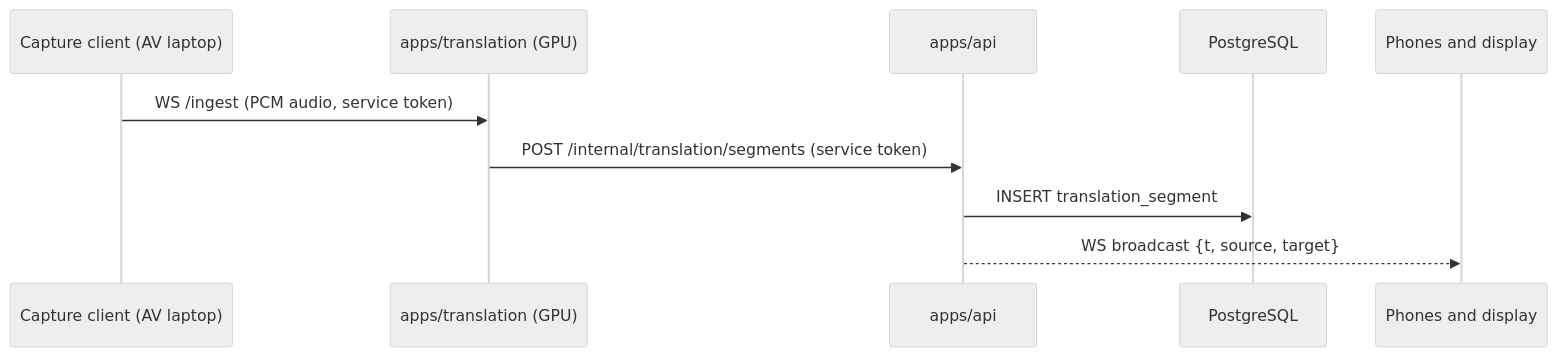
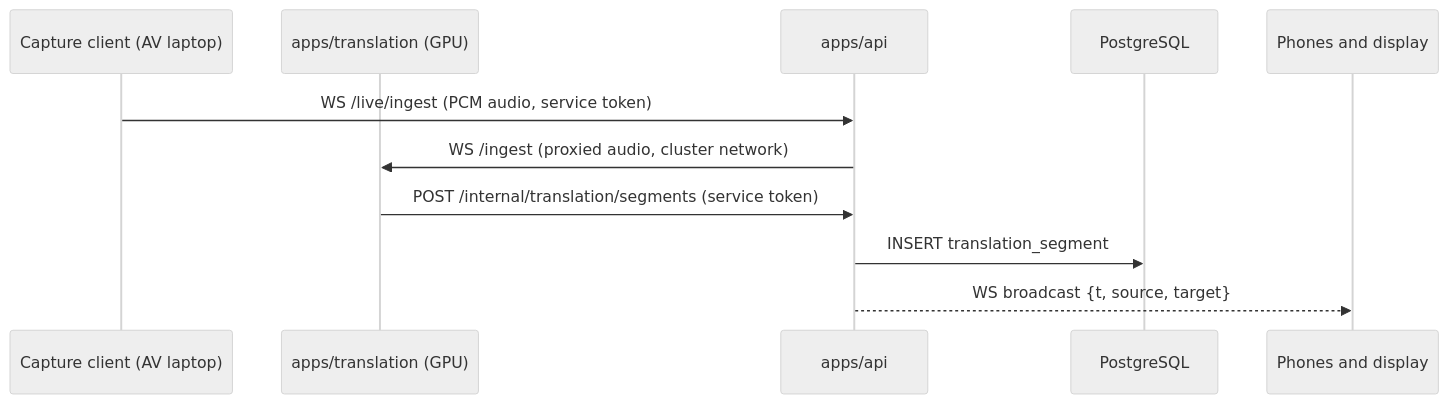
One commit to fuisl/vgu-graduation changed the third of 3 diagrams in docs/architecture/target/use-cases.md. Above: the diagram before and after it, drawn with Mermaid (neutral theme). The commit also changed other lines of this file and 11 other files, not shown here.

````diff
--- a/docs/architecture/target/use-cases.md
+++ b/docs/architecture/target/use-cases.md
@@ -62,12 +62,13 @@
 ```mermaid
 sequenceDiagram
   participant C as Capture client (AV laptop)
   participant T as apps/translation (GPU)
   participant A as apps/api
   participant P as PostgreSQL
   participant G as Phones and display
-  C->>T: WS /ingest (PCM audio, service token)
+  C->>A: WS /live/ingest (PCM audio, service token)
+  A->>T: WS /ingest (proxied audio, cluster network)
   T->>A: POST /internal/translation/segments (service token)
   A->>P: INSERT translation_segment
   A-->>G: WS broadcast {t, source, target}
 ```
````
